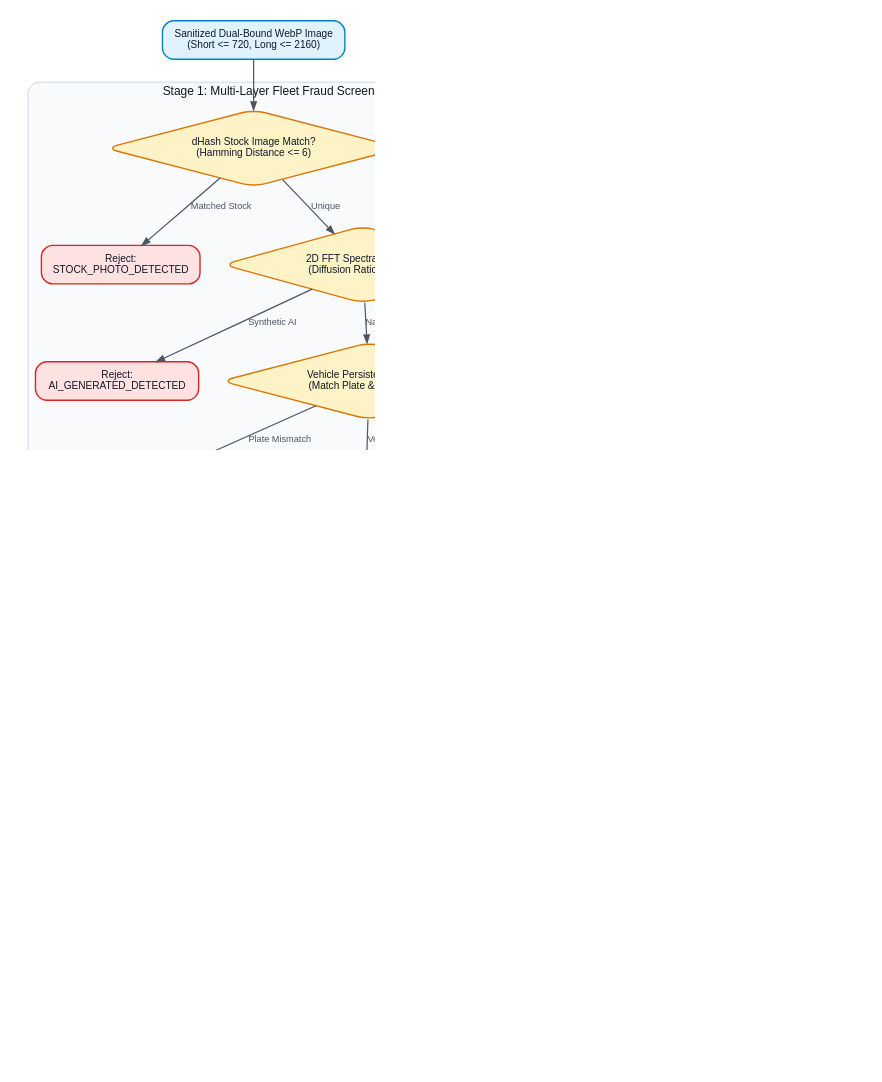
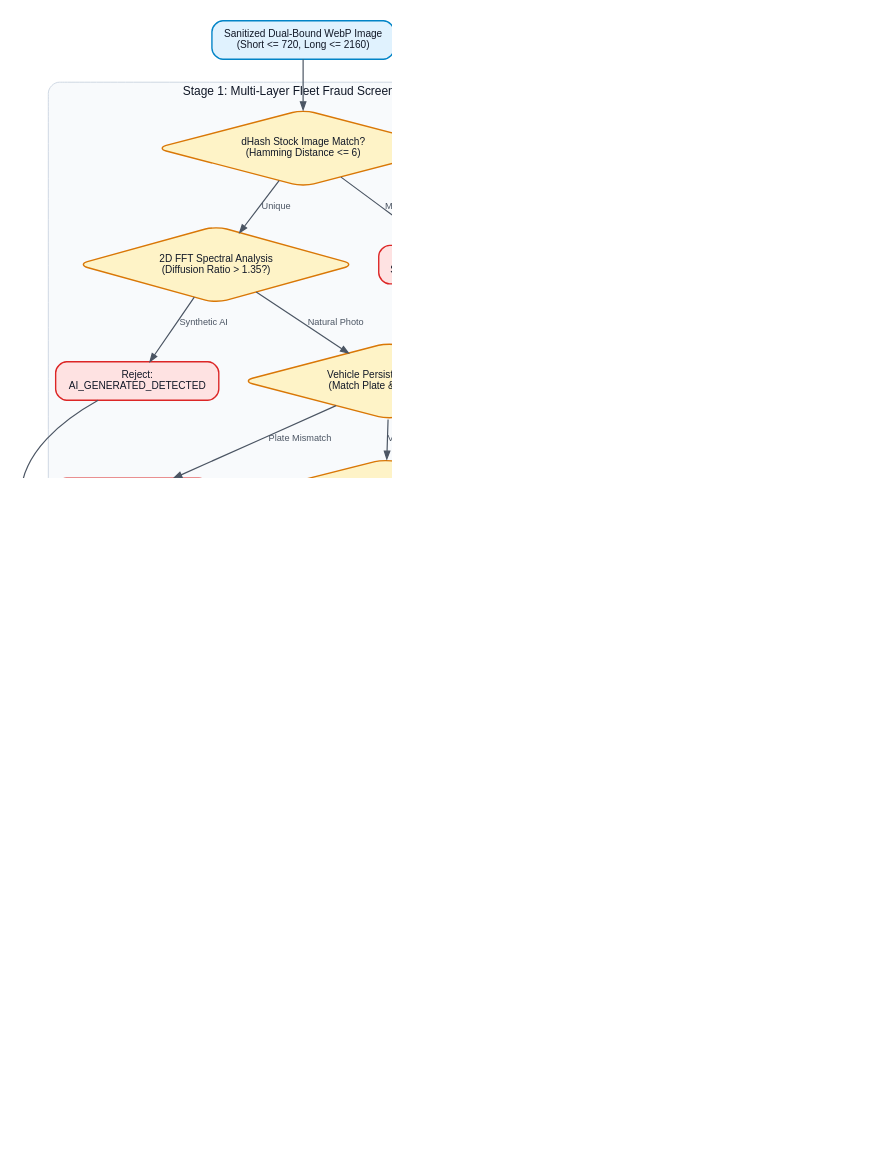
One commit to btanh3812155/survey-pipeline changed the diagram in docs/charts/dot/04_component_3_fleet_anti_fraud_dual_ai.dot. Above: the diagram before and after it, drawn with Graphviz. The commit also changed 30 other files, not shown here.

```diff
--- a/docs/charts/dot/04_component_3_fleet_anti_fraud_dual_ai.dot
+++ b/docs/charts/dot/04_component_3_fleet_anti_fraud_dual_ai.dot
@@ -1,57 +1,65 @@
 
 digraph G {
     graph [rankdir=TB, bgcolor="white", dpi=180, nodesep=0.35, ranksep=0.45, fontname="Helvetica, Arial, sans-serif", fontsize=13, fontcolor="#111827", pad="0.3,0.3"];
     node [fontname="Helvetica, Arial, sans-serif", fontsize=11, fontcolor="#111827", shape=box, style="rounded,filled", fillcolor="#f9fafb", color="#9ca3af", penwidth=1.5, margin="0.2,0.12"];
     edge [fontname="Helvetica, Arial, sans-serif", fontsize=10, fontcolor="#4b5563", color="#4b5563", penwidth=1.3, arrowsize=0.85];
 
     img_in [label="Sanitized Dual-Bound WebP Image\n(Short <= 720, Long <= 2160)", fillcolor="#e0f2fe", color="#0284c7"];
 
     subgraph cluster_fleet_fraud {
         label="Stage 1: Multi-Layer Fleet Fraud Screening";
         style="rounded,filled"; fillcolor="#f8fafc"; color="#cbd5e1";
         dhash [label="dHash Stock Image Match?\n(Hamming Distance <= 6)", shape=diamond, fillcolor="#fef3c7", color="#d97706"];
         rej_stock [label="Reject:\nSTOCK_PHOTO_DETECTED", fillcolor="#fee2e2", color="#dc2626"];
         fft [label="2D FFT Spectral Analysis\n(Diffusion Ratio > 1.35?)", shape=diamond, fillcolor="#fef3c7", color="#d97706"];
         rej_ai [label="Reject:\nAI_GENERATED_DETECTED", fillcolor="#fee2e2", color="#dc2626"];
         veh_tracker [label="Vehicle Persistence Tracker\n(Match Plate & Type in DB)", shape=diamond, fillcolor="#fef3c7", color="#d97706"];
         rej_veh [label="Reject:\nVEHICLE_UNREGISTERED", fillcolor="#fee2e2", color="#dc2626"];
         income_check [label="Income Sanity Engine\n(Bounds & Micro-Ride Math)", shape=diamond, fillcolor="#fef3c7", color="#d97706"];
         rej_income [label="Reject:\nINCOME_EXCEEDS_THRESHOLD", fillcolor="#fee2e2", color="#dc2626"];
     }
 
     subgraph cluster_dual_ai {
         label="Stage 2: Dual-Model AI Extraction (Primary -> Failover)";
         style="rounded,filled"; fillcolor="#f8fafc"; color="#cbd5e1";
         ai_router [label="AI Failover Router", shape=diamond, fillcolor="#fef3c7", color="#d97706"];
         ds_flash [label="Primary: DeepSeek Flash\n(Alibaba Cloud SG / API, 2.0s Limit)", fillcolor="#e0e7ff", color="#4338ca"];
         gemini_flash [label="Backup: Gemini 3.5 Flash\n(STRICTLY NO REASONING: thinking_budget=0)", fillcolor="#e0f2fe", color="#0284c7"];
         json_out [label="Raw Factual JSON Extraction\n(Zero Math in LLM)", fillcolor="#ffffff", color="#64748b"];
     }
 
     subgraph cluster_eval_rules {
         label="Stage 3: Deterministic Compliance Evaluation";
         style="rounded,filled"; fillcolor="#f8fafc"; color="#cbd5e1";
         py_rules [label="Python Deterministic Rule Engine\n(Validates Math, Signature, Tax Code)", shape=diamond, fillcolor="#fef3c7", color="#d97706"];
         rej_rules [label="Reject:\nMISSING_FIELDS / CALCULATION_MISMATCH", fillcolor="#fee2e2", color="#dc2626"];
         approved [label="Survey Fully Approved!\n(Hand off to Persistence)", fillcolor="#dcfce7", color="#16a34a"];
+        tg_reject_push_c3 [label="Route to Telegram Bot Response\n(Dispatches Rejection Notice + 1-Click Appeal Button)", fillcolor="#fee2e2", color="#dc2626"];
     }
+
+    rej_stock -> tg_reject_push_c3;
+    rej_ai -> tg_reject_push_c3;
+    rej_veh -> tg_reject_push_c3;
+    income_check -> rej_income [label="Outlandish Math"];
+    rej_income -> tg_reject_push_c3;
+    rej_rules -> tg_reject_push_c3;
 
     img_in -> dhash;
     dhash -> rej_stock [label="Matched Stock"];
     dhash -> fft [label="Unique"];
     fft -> rej_ai [label="Synthetic AI"];
     fft -> veh_tracker [label="Natural Photo"];
     veh_tracker -> rej_veh [label="Plate Mismatch"];
     veh_tracker -> income_check [label="Vehicle Matches"];
-    income_check -> rej_income [label="Outlandish Math"];
+
     income_check -> ai_router [label="Realistic Income"];
 
     ai_router -> ds_flash [label="Try Primary"];
     ds_flash -> json_out [label="Success (< 2.0s)"];
     ds_flash -> gemini_flash [label="Timeout / 429 / 503", color="#dc2626"];
     gemini_flash -> json_out [label="Instant Fallback"];
 
     json_out -> py_rules;
     py_rules -> rej_rules [label="Failed Compliance"];
     py_rules -> approved [label="Passed Compliance"];
 }
```
